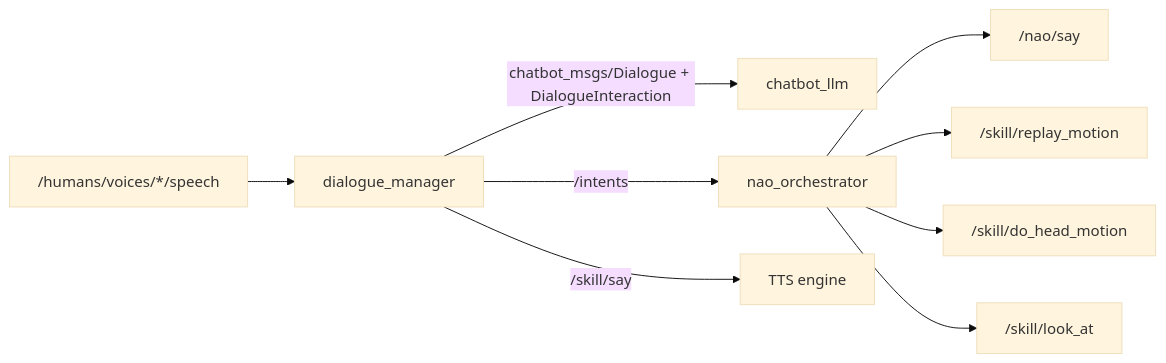
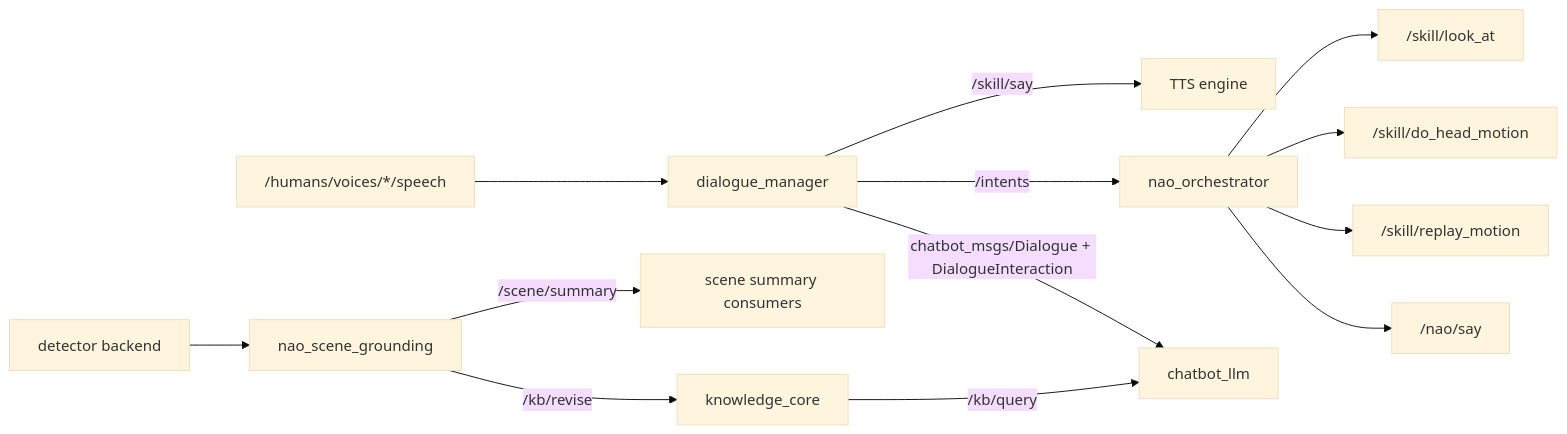
Before and after one commit to ieverythng/nao-ros4hri-bridge: the first of 2 diagrams in docs/node_interactions_map.md, drawn with Mermaid (base theme). The commit also changed other lines of this file and 5 other files, not shown here.

Commit message:
docs: document scene grounding and detector launch flows

````diff
--- a/docs/node_interactions_map.md
+++ b/docs/node_interactions_map.md
@@ -24,11 +25,15 @@
 ```mermaid
 graph LR
     Speech["/humans/voices/*/speech"] --> DM["dialogue_manager"]
     DM -->|chatbot_msgs/Dialogue + DialogueInteraction| CB["chatbot_llm"]
     DM -->|/intents| ORCH["nao_orchestrator"]
+    DET["detector backend"] --> SG["nao_scene_grounding"]
+    SG -->|/kb/revise| KB["knowledge_core"]
+    SG -->|/scene/summary| SCENE["scene summary consumers"]
+    KB -->|/kb/query| CB
     ORCH --> SAY["/nao/say"]
     ORCH --> RM["/skill/replay_motion"]
     ORCH --> HM["/skill/do_head_motion"]
     ORCH --> LA["/skill/look_at"]
     DM -->|/skill/say| TTS["TTS engine"]
 ```
````
